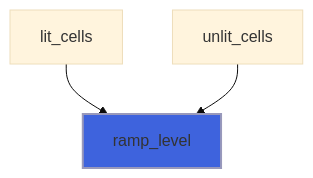
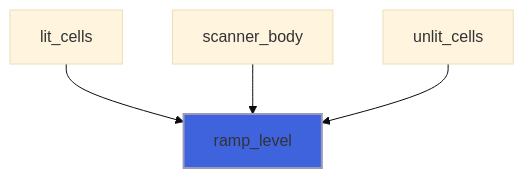
Diagram 36 of 44 in docs/api/src/lib/forbear_bar_object.md (szaghi/forbear), drawn with Mermaid (base theme) before and after one commit. The commit also changed other lines of this file and 18 other files, not shown here.

````diff
--- a/docs/api/src/lib/forbear_bar_object.md
+++ b/docs/api/src/lib/forbear_bar_object.md
@@ -1135,6 +1226,7 @@
 ```mermaid
 flowchart TD
   lit_cells["lit_cells"] --> ramp_level["ramp_level"]
+  scanner_body["scanner_body"] --> ramp_level["ramp_level"]
   unlit_cells["unlit_cells"] --> ramp_level["ramp_level"]
   style ramp_level fill:#3e63dd,stroke:#99b,stroke-width:2px
 ```
````
